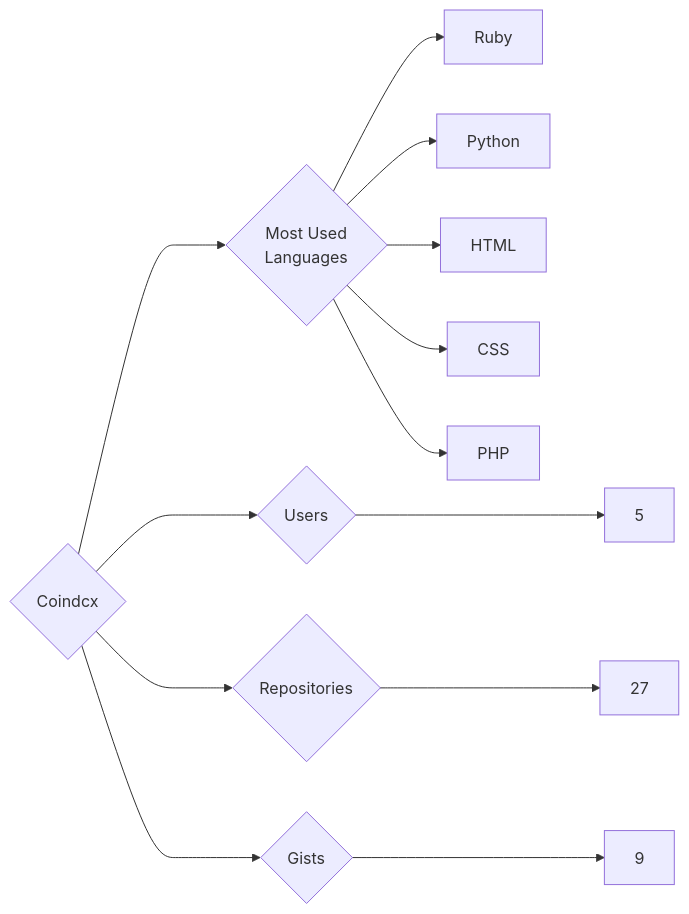
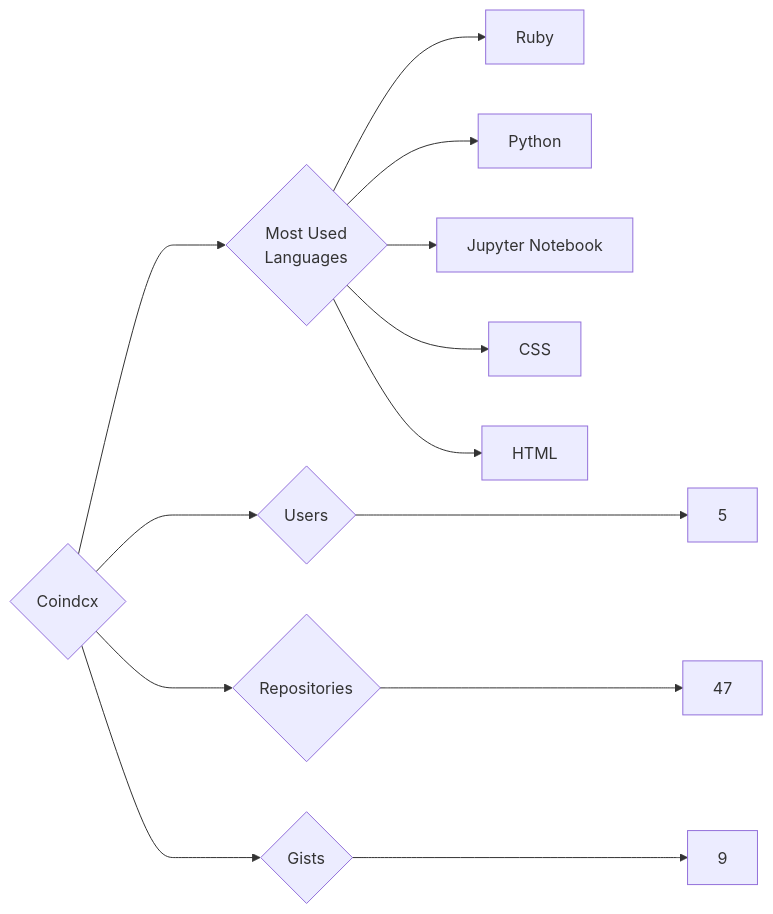
Before and after one commit to trickest/insiders: the diagram in targets/Coindcx/README.md, drawn with Mermaid. The commit also changed 1055 other files, not shown here.

````diff
--- a/targets/Coindcx/README.md
+++ b/targets/Coindcx/README.md
@@ -3,13 +3,13 @@
 ```mermaid
 graph LR
 COMPANY_NAME{Coindcx}
 COMPANY_NAME ---> U{Users} ---> UN[5]
-COMPANY_NAME ---> R{Repositories} ---> RN[27]
+COMPANY_NAME ---> R{Repositories} ---> RN[47]
 COMPANY_NAME ---> G{Gists} ---> GN[9]
 COMPANY_NAME ---> ML{Most Used<br>Languages}
 ML --> Ruby[Ruby]
 ML --> Python[Python]
+ML --> Jupyter_Notebook[Jupyter Notebook]
+ML --> CSS[CSS]
 ML --> HTML[HTML]
-ML --> CSS[CSS]
-ML --> PHP[PHP]
 ```
````
